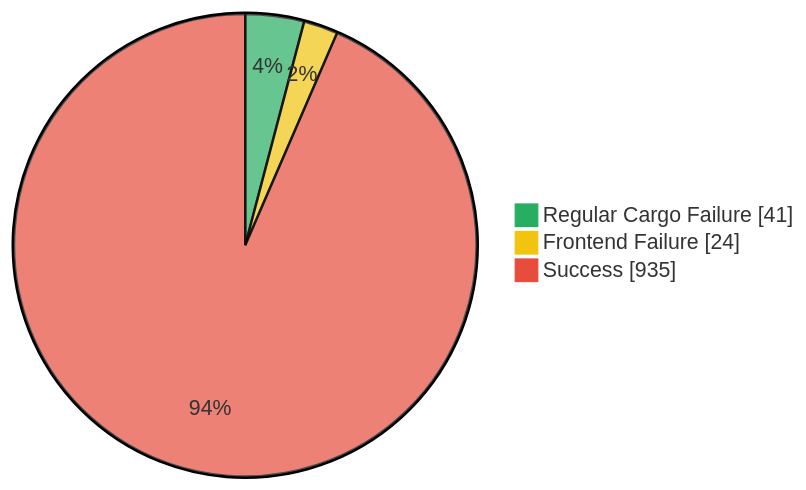
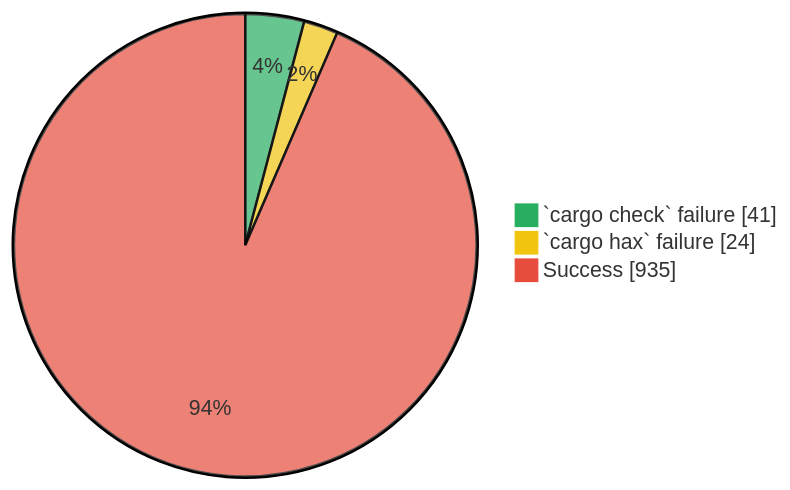
One commit to ssyram/hax-dev changed the first of 2 diagrams in docs/frontend/evaluation.md. Above: the diagram before and after it, drawn with Mermaid.

````diff
--- a/docs/frontend/evaluation.md
+++ b/docs/frontend/evaluation.md
@@ -56,7 +56,7 @@
 ```mermaid
 %%{init: {'theme': 'base', 'themeVariables': { 'pie1': '#27ae60', 'pie2': '#f1c40f', 'pie3': '#e74c3c'}}}%%
 pie showData
-    "Regular Cargo Failure" : 41
-    "Frontend Failure" : 24
+    "`cargo check` failure" : 41
+    "`cargo hax` failure" : 24
     "Success" : 935
 ```
````
